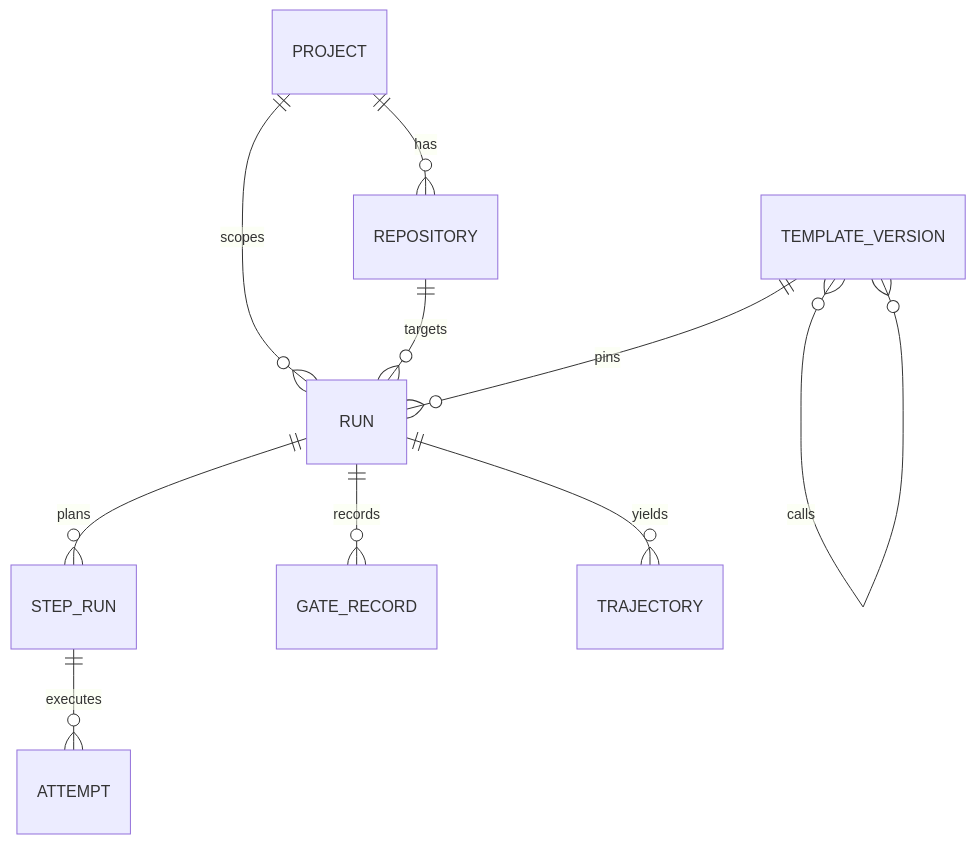
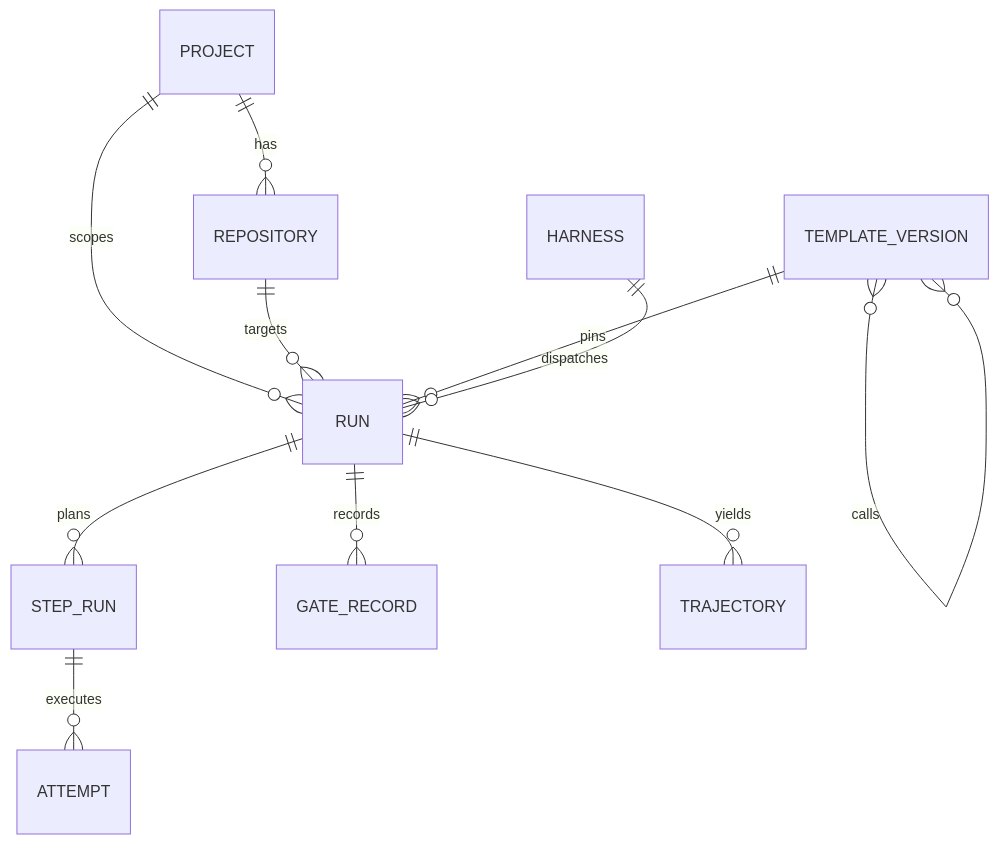
One commit to rebecamurillo/ai-orchestrator changed the sixth of 6 diagrams in _bmad-output/planning-artifacts/mvp/architecture/ARCHITECTURE-SPINE.md. Above: the diagram before and after it, drawn with Mermaid. The commit also changed other lines of this file and 36 other files, not shown here.

````diff
--- a/_bmad-output/planning-artifacts/mvp/architecture/ARCHITECTURE-SPINE.md
+++ b/_bmad-output/planning-artifacts/mvp/architecture/ARCHITECTURE-SPINE.md
@@ -324,12 +330,13 @@
 ```mermaid
 erDiagram
   PROJECT ||--o{ REPOSITORY : has
   PROJECT ||--o{ RUN : scopes
   REPOSITORY ||--o{ RUN : targets
   TEMPLATE_VERSION ||--o{ RUN : pins
   TEMPLATE_VERSION }o--o{ TEMPLATE_VERSION : calls
   RUN ||--o{ STEP_RUN : plans
   STEP_RUN ||--o{ ATTEMPT : executes
   RUN ||--o{ GATE_RECORD : records
   RUN ||--o{ TRAJECTORY : yields
+  HARNESS ||--o{ RUN : dispatches
 ```
````
